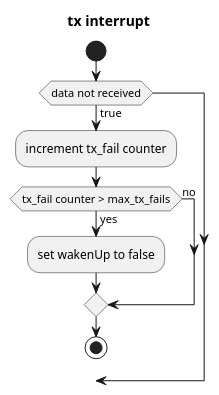
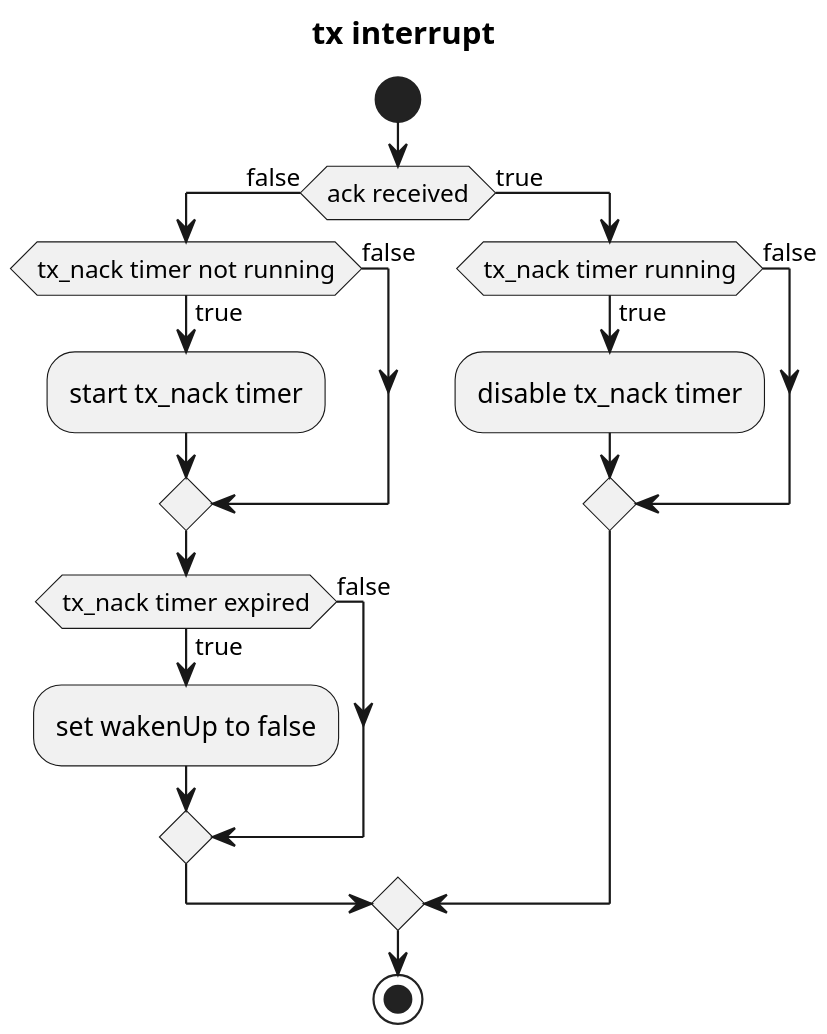
The diagram in docs/slave_tx_interrupt.puml (PWrInSpace/MCB_Aurora), drawn with PlantUML before and after one commit. The commit also changed 16 other files, not shown here.

```diff
--- a/docs/slave_tx_interrupt.puml
+++ b/docs/slave_tx_interrupt.puml
@@ -1,14 +1,25 @@
 @startuml
+scale 1920 width
+scale 1080 height 
 title tx interrupt
 start
 
-if (data not received) then (true)
-    :increment tx_fail counter;
-    if (tx_fail counter > max_tx_fails) then (yes)
+if (ack received) then (false)
+    if (tx_nack timer not running) then (true)
+        :start tx_nack timer;
+    else (false)
+    endif
+
+    if (tx_nack timer expired) then (true)
         :set wakenUp to false;
-else (no)
+    else (false)
+    endif
+else (true)
+    if (tx_nack timer running) then (true)
+        :disable tx_nack timer;
+    else (false)
+    endif
 endif
-
 stop
 
 @enduml
```
